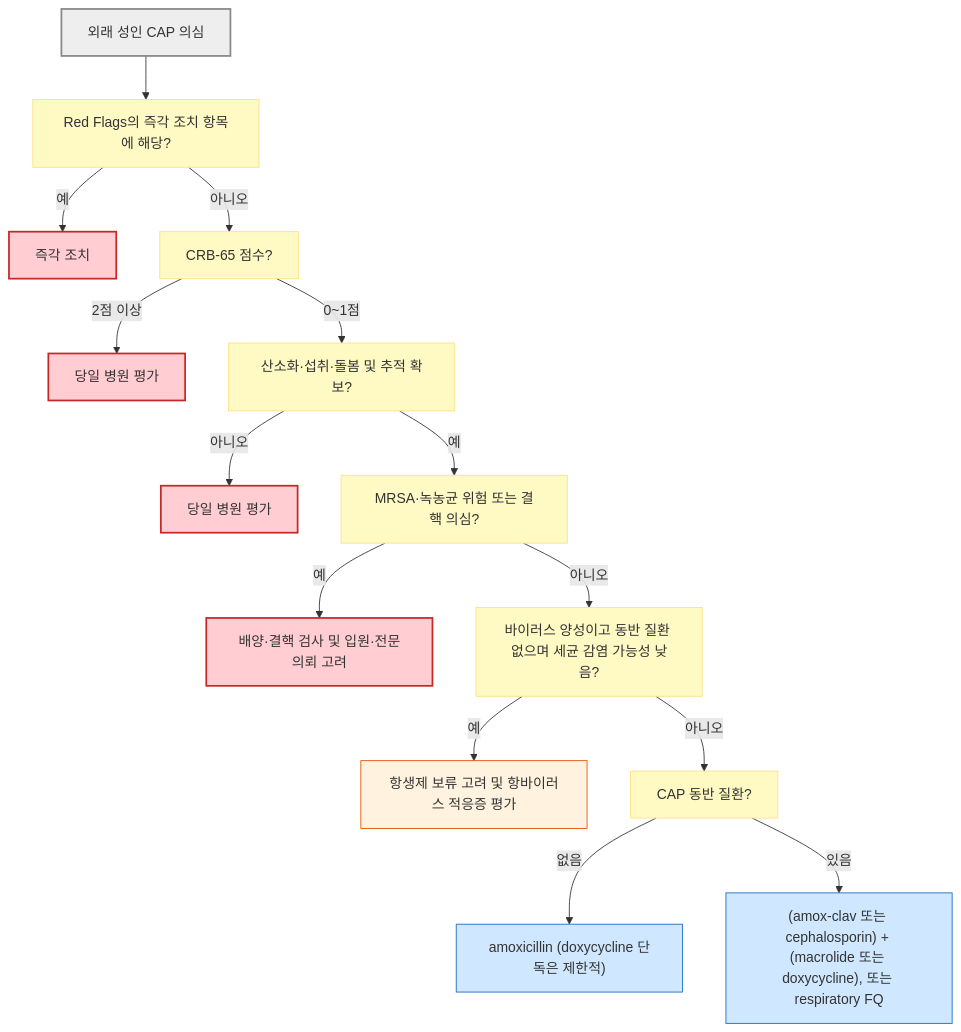
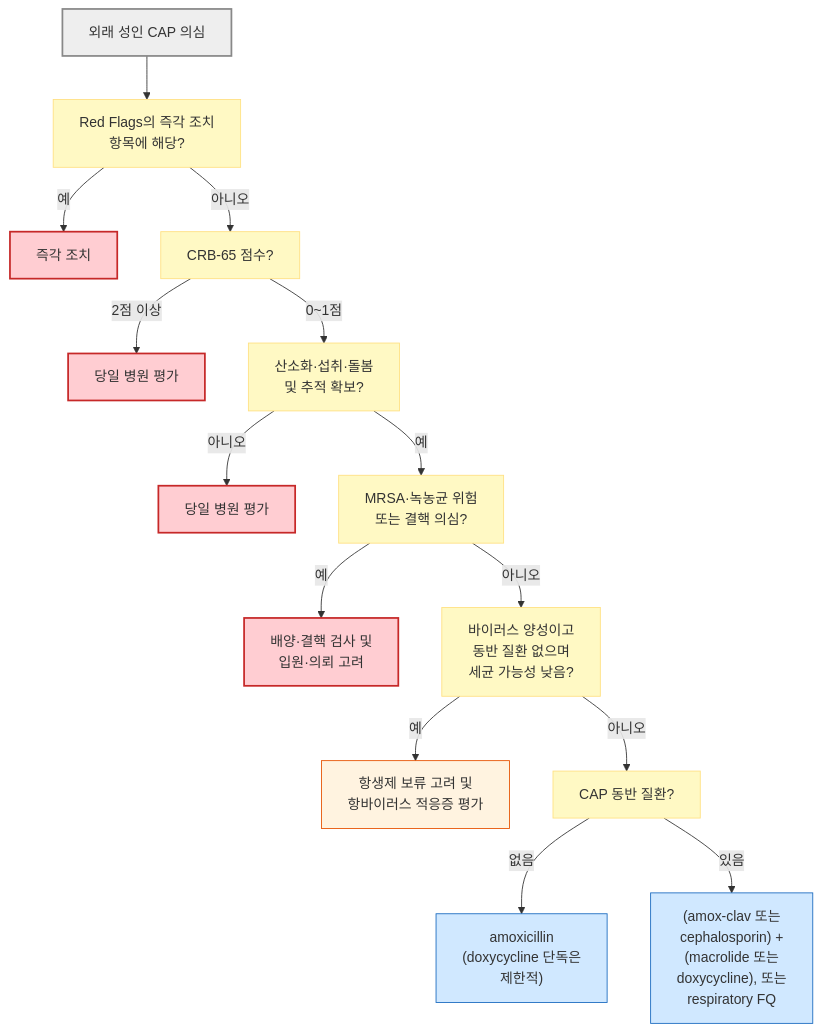
One commit to familyoh77/familyoh77 changed the first of 2 diagrams in 223_/068_-pneumonia.md. Above: the diagram before and after it, drawn with Mermaid. The commit also changed other lines of this file, not shown here.

````diff
--- a/223_/068_-pneumonia.md
+++ b/223_/068_-pneumonia.md
@@ -160,24 +152,25 @@
 ```mermaid
 flowchart TD
-    A["외래 성인 CAP 의심"] --> B["Red Flags의 즉각 조치 항목에 해당?"]
+    A["외래 성인 CAP 의심"] --> B["Red Flags의 즉각 조치 <br/>항목에 해당?"]
     B -- "예" --> C1["즉각 조치"]
     B -- "아니오" --> S["CRB-65 점수?"]
     S -- "2점 이상" --> C2["당일 병원 평가"]
-    S -- "0~1점" --> T["산소화·섭취·돌봄 및 추적 확보?"]
+    S -- "0~1점" --> T["산소화·섭취·돌봄 <br/>및 추적 확보?"]
     T -- "아니오" --> C3["당일 병원 평가"]
-    T -- "예" --> D["MRSA·녹농균 위험 또는 결핵 의심?"]
-    D -- "예" --> E["배양·결핵 검사 및 입원·전문의뢰 고려"]
-    D -- "아니오" --> F["바이러스 양성이고 동반 질환 없으며 세균 감염 가능성 낮음?"]
-    F -- "예" --> G["항생제 보류 고려 및 항바이러스 적응증 평가"]
+    T -- "예" --> D["MRSA·녹농균 위험 <br/>또는 결핵 의심?"]
+    D -- "예" --> E["배양·결핵 검사 및 <br/>입원·의뢰 고려"]
+    D -- "아니오" --> F["바이러스 양성이고 <br/>동반 질환 없으며 <br/>세균 가능성 낮음?"]
+    F -- "예" --> G["항생제 보류 고려 및 <br/>항바이러스 적응증 평가"]
     F -- "아니오" --> H["CAP 동반 질환?"]
-    H -- "없음" --> I["amoxicillin (doxycycline 단독은 제한적)"]
-    H -- "있음" --> J["(amox-clav 또는 cephalosporin) + (macrolide 또는 doxycycline), 또는 respiratory FQ"]
+    H -- "없음" --> I["amoxicillin <br/>(doxycycline 단독은 <br/>제한적)"]
+    H -- "있음" --> J["(amox-clav 또는 <br/>cephalosporin) + <br/>(macrolide 또는 <br/>doxycycline), 또는 <br/>respiratory FQ"]
     style A fill:#eeeeee,stroke:#888888,stroke-width:2px
     classDef question fill:#fff9c4,stroke:#ffe082
     class B,S,T,D,F,H question
     classDef danger fill:#ffcdd2,stroke:#c62828,stroke-width:2px
     class C1,C2,C3,E danger
     style G fill:#fff3e0,stroke:#e65100
     classDef result fill:#d0e8ff,stroke:#1a6abf
     class I,J result
+
 ```
````
